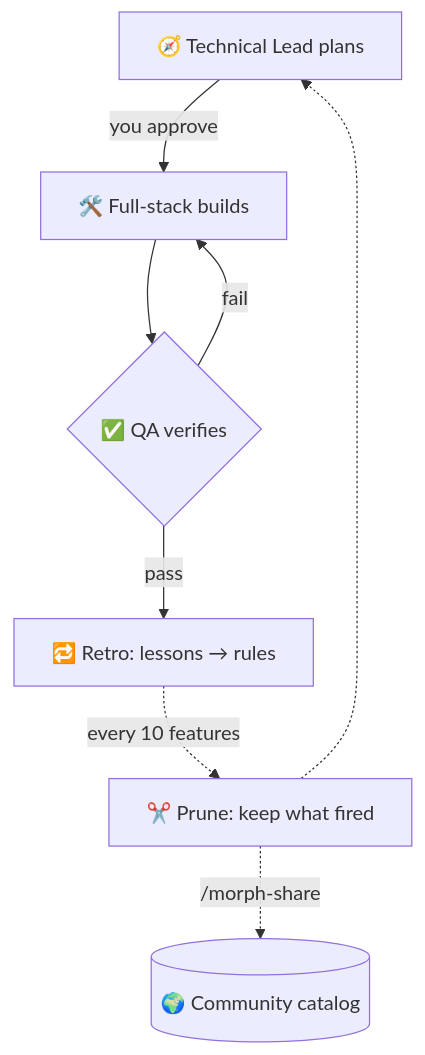
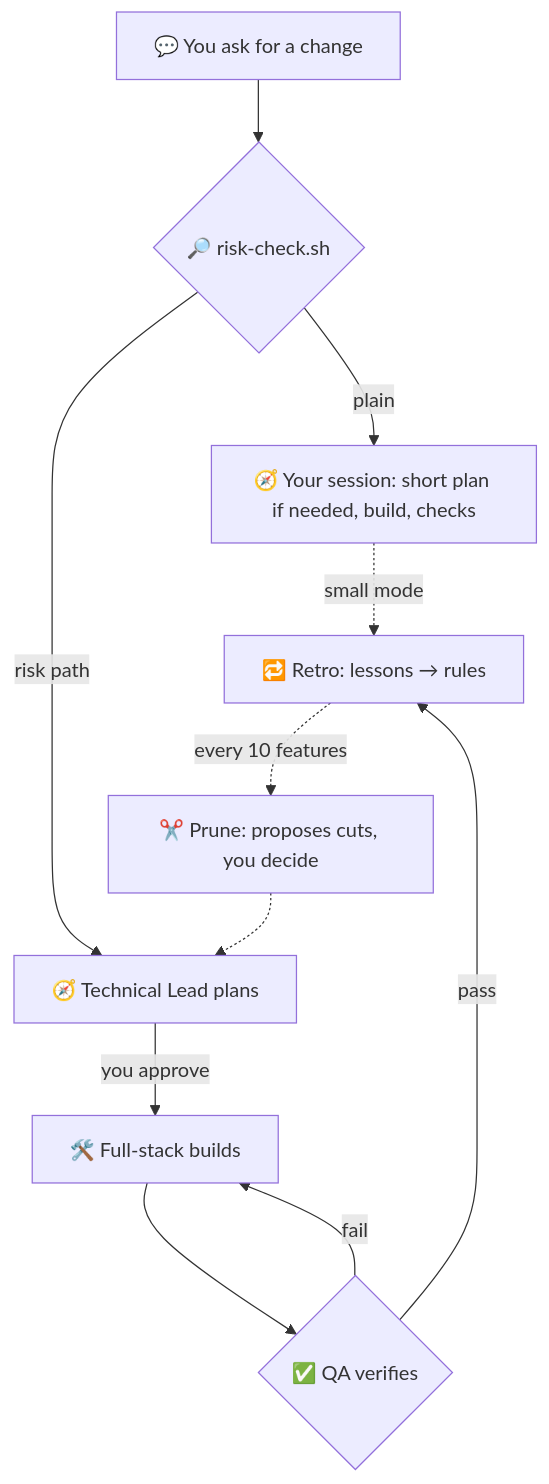
Before and after one commit to Antarsoft/morphness: the first of 2 diagrams in README.md, drawn with Mermaid. The commit also changed other lines of this file and 3 other files, not shown here.

````diff
--- a/README.md
+++ b/README.md
@@ -178,10 +222,13 @@
 ```mermaid
 flowchart TB
-    TL["🧭 Technical Lead plans"] -->|you approve| FS["🛠️ Full-stack builds"]
+    Q["💬 You ask for a change"] --> RC{"🔎 risk-check.sh"}
+    RC -->|plain| S["🧭 Your session: short plan if needed, build, checks"]
+    RC -->|risk path| TL["🧭 Technical Lead plans"]
+    TL -->|you approve| FS["🛠️ Full-stack builds"]
     FS --> QA{"✅ QA verifies"}
     QA -->|fail| FS
     QA -->|pass| R["🔁 Retro: lessons → rules"]
-    R -.->|every 10 features| P["✂️ Prune: keep what fired"]
+    S -.->|small mode| R
+    R -.->|every 10 features| P["✂️ Prune: proposes cuts, you decide"]
     P -.-> TL
-    P -.->|/morph-share| C[("🌍 Community catalog")]
 ```
````
